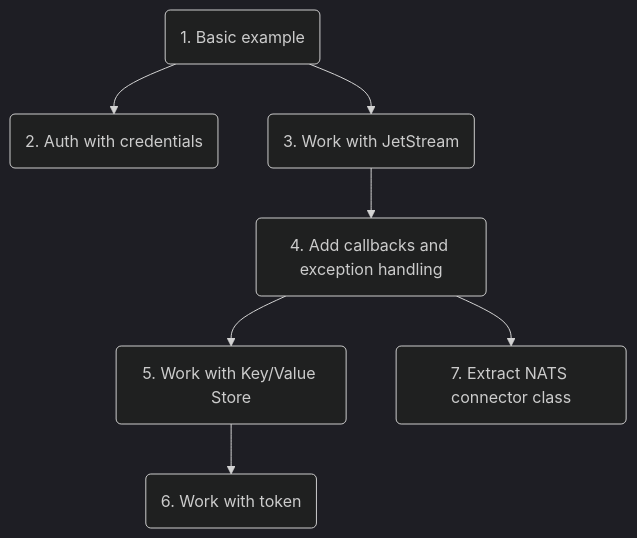
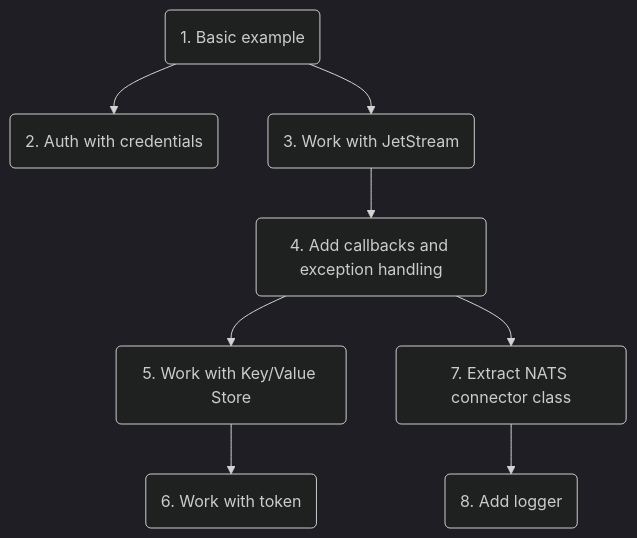
One commit to amaargiru/nats-io-examples changed the diagram in README.md. Above: the diagram before and after it, drawn with Mermaid (dark theme). The commit also changed other lines of this file, not shown here.

````diff
--- a/README.md
+++ b/README.md
@@ -23,9 +23,10 @@
 ```mermaid
   graph TD;
       A(1. Basic example)-->B(2. Auth with credentials);
       A-->C(3. Work with JetStream);
       C-->D(4. Add callbacks and exception handling);
       D-->E(5. Work with Key/Value Store);
       E-->F(6. Work with token)
       D-->G(7. Extract NATS connector class)
+      G-->H(8. Add logger)
 ```
````
